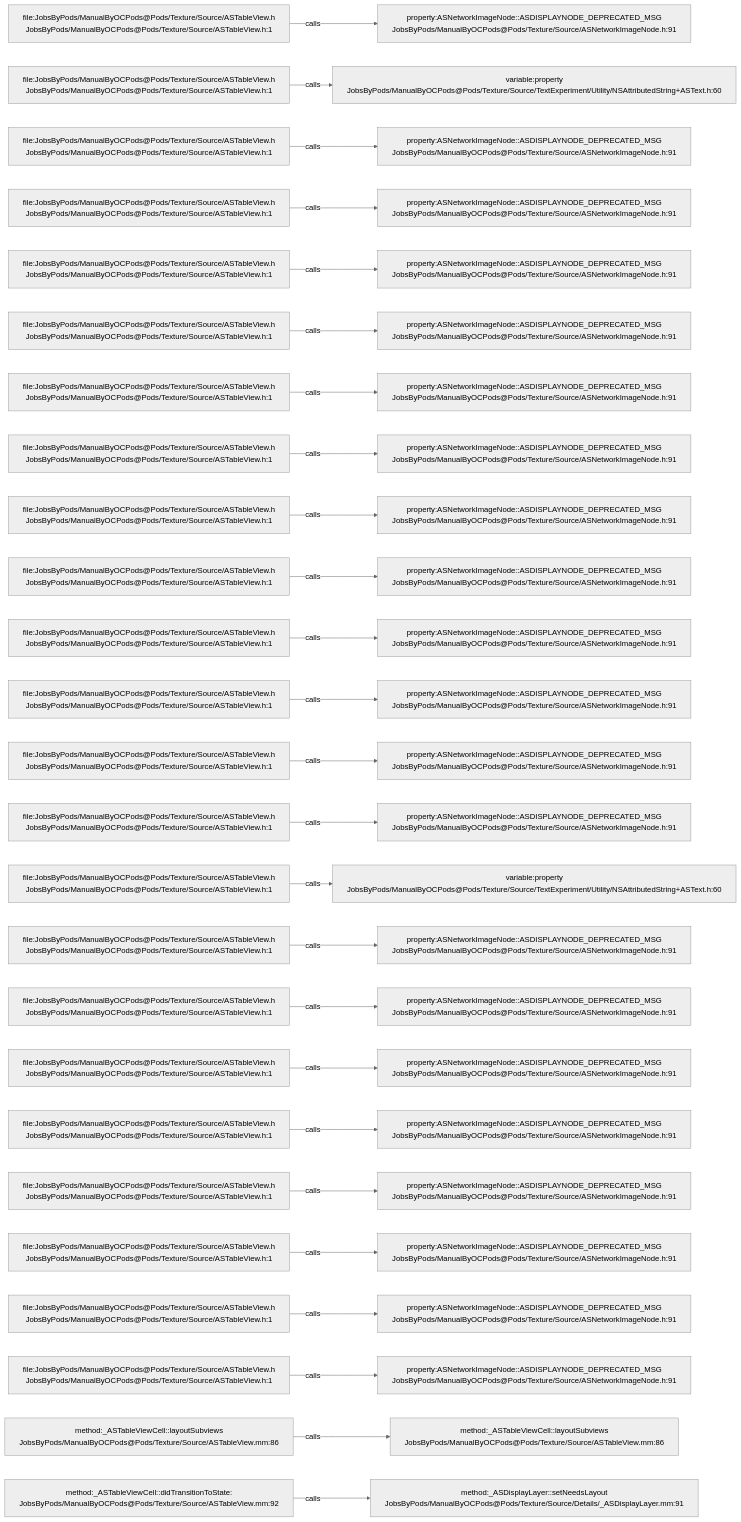
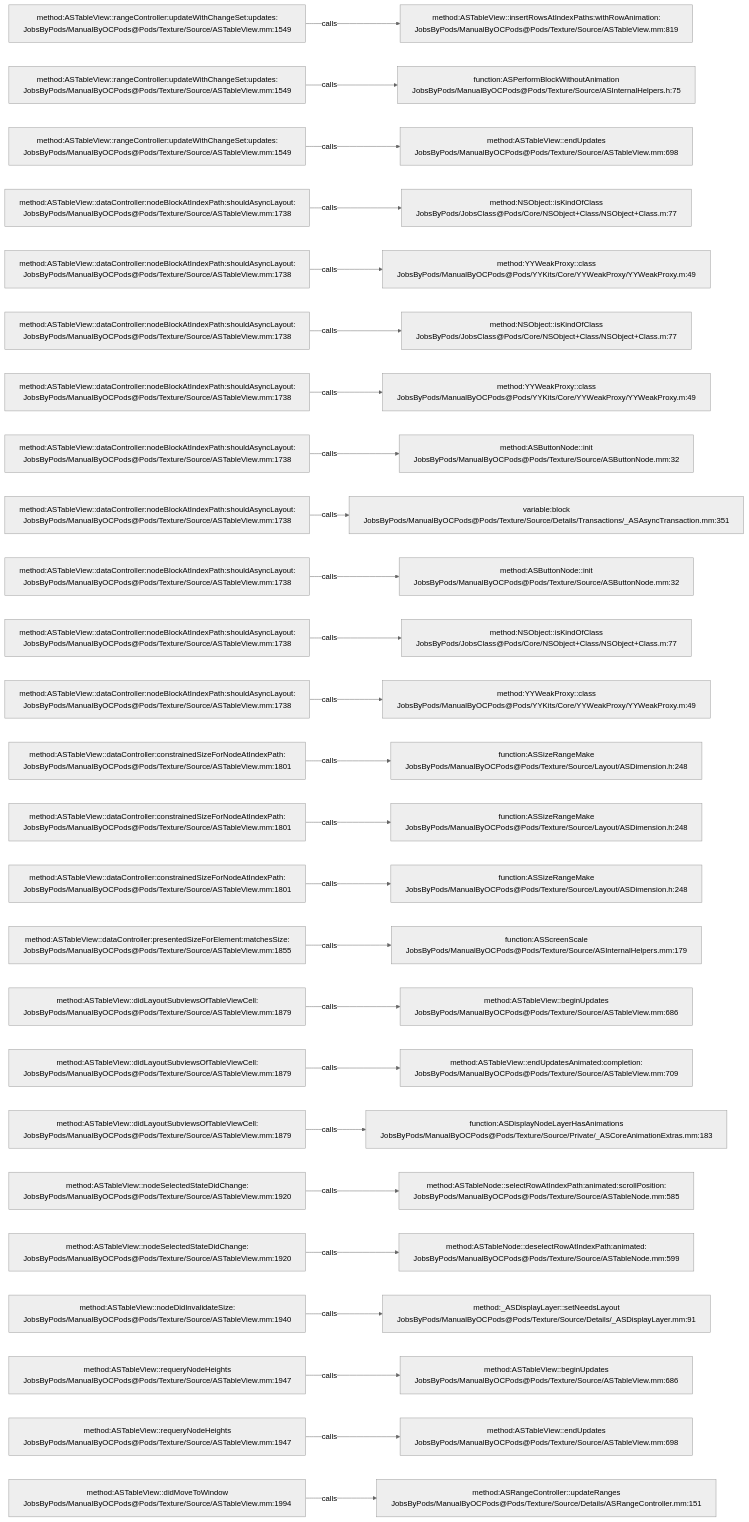
Before and after one commit to JobsKits/JobsOCBaseConfigDemo: the diagram in .codegraph/codegraph.md/graphs/calls-123.md, drawn with Mermaid (neutral theme). The commit also changed 1448 other files, not shown here.

````diff
--- a/.codegraph/codegraph.md/graphs/calls-123.md
+++ b/.codegraph/codegraph.md/graphs/calls-123.md
@@ -13,78 +13,78 @@
 ```mermaid
 flowchart LR
-  S1["file:JobsByPods/ManualByOCPods@Pods/Texture/Source/ASTableView.h<br/>JobsByPods/ManualByOCPods@Pods/Texture/Source/ASTableView.h:1"]
-  T1["property:ASNetworkImageNode::ASDISPLAYNODE_DEPRECATED_MSG<br/>JobsByPods/ManualByOCPods@Pods/Texture/Source/ASNetworkImageNode.h:91"]
+  S1["method:ASTableView::rangeController:updateWithChangeSet:updates:<br/>JobsByPods/ManualByOCPods@Pods/Texture/Source/ASTableView.mm:1549"]
+  T1["method:ASTableView::insertRowsAtIndexPaths:withRowAnimation:<br/>JobsByPods/ManualByOCPods@Pods/Texture/Source/ASTableView.mm:819"]
   S1 -->|calls| T1
-  S2["file:JobsByPods/ManualByOCPods@Pods/Texture/Source/ASTableView.h<br/>JobsByPods/ManualByOCPods@Pods/Texture/Source/ASTableView.h:1"]
-  T2["variable:property<br/>JobsByPods/ManualByOCPods@Pods/Texture/Source/TextExperiment/Utility/NSAttributedString+ASText.h:60"]
+  S2["method:ASTableView::rangeController:updateWithChangeSet:updates:<br/>JobsByPods/ManualByOCPods@Pods/Texture/Source/ASTableView.mm:1549"]
+  T2["function:ASPerformBlockWithoutAnimation<br/>JobsByPods/ManualByOCPods@Pods/Texture/Source/ASInternalHelpers.h:75"]
   S2 -->|calls| T2
-  S3["file:JobsByPods/ManualByOCPods@Pods/Texture/Source/ASTableView.h<br/>JobsByPods/ManualByOCPods@Pods/Texture/Source/ASTableView.h:1"]
-  T3["property:ASNetworkImageNode::ASDISPLAYNODE_DEPRECATED_MSG<br/>JobsByPods/ManualByOCPods@Pods/Texture/Source/ASNetworkImageNode.h:91"]
+  S3["method:ASTableView::rangeController:updateWithChangeSet:updates:<br/>JobsByPods/ManualByOCPods@Pods/Texture/Source/ASTableView.mm:1549"]
+  T3["method:ASTableView::endUpdates<br/>JobsByPods/ManualByOCPods@Pods/Texture/Source/ASTableView.mm:698"]
   S3 -->|calls| T3
-  S4["file:JobsByPods/ManualByOCPods@Pods/Texture/Source/ASTableView.h<br/>JobsByPods/ManualByOCPods@Pods/Texture/Source/ASTableView.h:1"]
-  T4["property:ASNetworkImageNode::ASDISPLAYNODE_DEPRECATED_MSG<br/>JobsByPods/ManualByOCPods@Pods/Texture/Source/ASNetworkImageNode.h:91"]
+  S4["method:ASTableView::dataController:nodeBlockAtIndexPath:shouldAsyncLayout:<br/>JobsByPods/ManualByOCPods@Pods/Texture/Source/ASTableView.mm:1738"]
+  T4["method:NSObject::isKindOfClass<br/>JobsByPods/JobsClass@Pods/Core/NSObject+Class/NSObject+Class.m:77"]
   S4 -->|calls| T4
-  S5["file:JobsByPods/ManualByOCPods@Pods/Texture/Source/ASTableView.h<br/>JobsByPods/ManualByOCPods@Pods/Texture/Source/ASTableView.h:1"]
-  T5["property:ASNetworkImageNode::ASDISPLAYNODE_DEPRECATED_MSG<br/>JobsByPods/ManualByOCPods@Pods/Texture/Source/ASNetworkImageNode.h:91"]
+  S5["method:ASTableView::dataController:nodeBlockAtIndexPath:shouldAsyncLayout:<br/>JobsByPods/ManualByOCPods@Pods/Texture/Source/ASTableView.mm:1738"]
+  T5["method:YYWeakProxy::class<br/>JobsByPods/ManualByOCPods@Pods/YYKits/Core/YYWeakProxy/YYWeakProxy.m:49"]
   S5 -->|calls| T5
-  S6["file:JobsByPods/ManualByOCPods@Pods/Texture/Source/ASTableView.h<br/>JobsByPods/ManualByOCPods@Pods/Texture/Source/ASTableView.h:1"]
-  T6["property:ASNetworkImageNode::ASDISPLAYNODE_DEPRECATED_MSG<br/>JobsByPods/ManualByOCPods@Pods/Texture/Source/ASNetworkImageNode.h:91"]
+  S6["method:ASTableView::dataController:nodeBlockAtIndexPath:shouldAsyncLayout:<br/>JobsByPods/ManualByOCPods@Pods/Texture/Source/ASTableView.mm:1738"]
+  T6["method:NSObject::isKindOfClass<br/>JobsByPods/JobsClass@Pods/Core/NSObject+Class/NSObject+Class.m:77"]
   S6 -->|calls| T6
-  S7["file:JobsByPods/ManualByOCPods@Pods/Texture/Source/ASTableView.h<br/>JobsByPods/ManualByOCPods@Pods/Texture/Source/ASTableView.h:1"]
-  T7["property:ASNetworkImageNode::ASDISPLAYNODE_DEPRECATED_MSG<br/>JobsByPods/ManualByOCPods@Pods/Texture/Source/ASNetworkImageNode.h:91"]
+  S7["method:ASTableView::dataController:nodeBlockAtIndexPath:shouldAsyncLayout:<br/>JobsByPods/ManualByOCPods@Pods/Texture/Source/ASTableView.mm:1738"]
+  T7["method:YYWeakProxy::class<br/>JobsByPods/ManualByOCPods@Pods/YYKits/Core/YYWeakProxy/YYWeakProxy.m:49"]
   S7 -->|calls| T7
-  S8["file:JobsByPods/ManualByOCPods@Pods/Texture/Source/ASTableView.h<br/>JobsByPods/ManualByOCPods@Pods/Texture/Source/ASTableView.h:1"]
-  T8["property:ASNetworkImageNode::ASDISPLAYNODE_DEPRECATED_MSG<br/>JobsByPods/ManualByOCPods@Pods/Texture/Source/ASNetworkImageNode.h:91"]
+  S8["method:ASTableView::dataController:nodeBlockAtIndexPath:shouldAsyncLayout:<br/>JobsByPods/ManualByOCPods@Pods/Texture/Source/ASTableView.mm:1738"]
+  T8["method:ASButtonNode::init<br/>JobsByPods/ManualByOCPods@Pods/Texture/Source/ASButtonNode.mm:32"]
   S8 -->|calls| T8
-  S9["file:JobsByPods/ManualByOCPods@Pods/Texture/Source/ASTableView.h<br/>JobsByPods/ManualByOCPods@Pods/Texture/Source/ASTableView.h:1"]
-  T9["property:ASNetworkImageNode::ASDISPLAYNODE_DEPRECATED_MSG<br/>JobsByPods/ManualByOCPods@Pods/Texture/Source/ASNetworkImageNode.h:91"]
+  S9["method:ASTableView::dataController:nodeBlockAtIndexPath:shouldAsyncLayout:<br/>JobsByPods/ManualByOCPods@Pods/Texture/Source/ASTableView.mm:1738"]
+  T9["variable:block<br/>JobsByPods/ManualByOCPods@Pods/Texture/Source/Details/Transactions/_ASAsyncTransaction.mm:351"]
   S9 -->|calls| T9
-  S10["file:JobsByPods/ManualByOCPods@Pods/Texture/Source/ASTableView.h<br/>JobsByPods/ManualByOCPods@Pods/Texture/Source/ASTableView.h:1"]
-  T10["property:ASNetworkImageNode::ASDISPLAYNODE_DEPRECATED_MSG<br/>JobsByPods/ManualByOCPods@Pods/Texture/Source/ASNetworkImageNode.h:91"]
+  S10["method:ASTableView::dataController:nodeBlockAtIndexPath:shouldAsyncLayout:<br/>JobsByPods/ManualByOCPods@Pods/Texture/Source/ASTableView.mm:1738"]
+  T10["method:ASButtonNode::init<br/>JobsByPods/ManualByOCPods@Pods/Texture/Source/ASButtonNode.mm:32"]
   S10 -->|calls| T10
-  S11["file:JobsByPods/ManualByOCPods@Pods/Texture/Source/ASTableView.h<br/>JobsByPods/ManualByOCPods@Pods/Texture/Source/ASTableView.h:1"]
-  T11["property:ASNetworkImageNode::ASDISPLAYNODE_DEPRECATED_MSG<br/>JobsByPods/ManualByOCPods@Pods/Texture/Source/ASNetworkImageNode.h:91"]
+  S11["method:ASTableView::dataController:nodeBlockAtIndexPath:shouldAsyncLayout:<br/>JobsByPods/ManualByOCPods@Pods/Texture/Source/ASTableView.mm:1738"]
+  T11["method:NSObject::isKindOfClass<br/>JobsByPods/JobsClass@Pods/Core/NSObject+Class/NSObject+Class.m:77"]
   S11 -->|calls| T11
-  S12["file:JobsByPods/ManualByOCPods@Pods/Texture/Source/ASTableView.h<br/>JobsByPods/ManualByOCPods@Pods/Texture/Source/ASTableView.h:1"]
-  T12["property:ASNetworkImageNode::ASDISPLAYNODE_DEPRECATED_MSG<br/>JobsByPods/ManualByOCPods@Pods/Texture/Source/ASNetworkImageNode.h:91"]
+  S12["method:ASTableView::dataController:nodeBlockAtIndexPath:shouldAsyncLayout:<br/>JobsByPods/ManualByOCPods@Pods/Texture/Source/ASTableView.mm:1738"]
+  T12["method:YYWeakProxy::class<br/>JobsByPods/ManualByOCPods@Pods/YYKits/Core/YYWeakProxy/YYWeakProxy.m:49"]
   S12 -->|calls| T12
-  S13["file:JobsByPods/ManualByOCPods@Pods/Texture/Source/ASTableView.h<br/>JobsByPods/ManualByOCPods@Pods/Texture/Source/ASTableView.h:1"]
-  T13["property:ASNetworkImageNode::ASDISPLAYNODE_DEPRECATED_MSG<br/>JobsByPods/ManualByOCPods@Pods/Texture/Source/ASNetworkImageNode.h:91"]
+  S13["method:ASTableView::dataController:constrainedSizeForNodeAtIndexPath:<br/>JobsByPods/ManualByOCPods@Pods/Texture/Source/ASTableView.mm:1801"]
+  T13["function:ASSizeRangeMake<br/>JobsByPods/ManualByOCPods@Pods/Texture/Source/Layout/ASDimension.h:248"]
   S13 -->|calls| T13
-  S14["file:JobsByPods/ManualByOCPods@Pods/Texture/Source/ASTableView.h<br/>JobsByPods/ManualByOCPods@Pods/Texture/Source/ASTableView.h:1"]
-  T14["property:ASNetworkImageNode::ASDISPLAYNODE_DEPRECATED_MSG<br/>JobsByPods/ManualByOCPods@Pods/Texture/Source/ASNetworkImageNode.h:91"]
+  S14["method:ASTableView::dataController:constrainedSizeForNodeAtIndexPath:<br/>JobsByPods/ManualByOCPods@Pods/Texture/Source/ASTableView.mm:1801"]
+  T14["function:ASSizeRangeMake<br/>JobsByPods/ManualByOCPods@Pods/Texture/Source/Layout/ASDimension.h:248"]
   S14 -->|calls| T14
-  S15["file:JobsByPods/ManualByOCPods@Pods/Texture/Source/ASTableView.h<br/>JobsByPods/ManualByOCPods@Pods/Texture/Source/ASTableView.h:1"]
-  T15["variable:property<br/>JobsByPods/ManualByOCPods@Pods/Texture/Source/TextExperiment/Utility/NSAttributedString+ASText.h:60"]
+  S15["method:ASTableView::dataController:constrainedSizeForNodeAtIndexPath:<br/>JobsByPods/ManualByOCPods@Pods/Texture/Source/ASTableView.mm:1801"]
+  T15["function:ASSizeRangeMake<br/>JobsByPods/ManualByOCPods@Pods/Texture/Source/Layout/ASDimension.h:248"]
   S15 -->|calls| T15
-  S16["file:JobsByPods/ManualByOCPods@Pods/Texture/Source/ASTableView.h<br/>JobsByPods/ManualByOCPods@Pods/Texture/Source/ASTableView.h:1"]
-  T16["property:ASNetworkImageNode::ASDISPLAYNODE_DEPRECATED_MSG<br/>JobsByPods/ManualByOCPods@Pods/Texture/Source/ASNetworkImageNode.h:91"]
+  S16["method:ASTableView::dataController:presentedSizeForElement:matchesSize:<br/>JobsByPods/ManualByOCPods@Pods/Texture/Source/ASTableView.mm:1855"]
+  T16["function:ASScreenScale<br/>JobsByPods/ManualByOCPods@Pods/Texture/Source/ASInternalHelpers.mm:179"]
   S16 -->|calls| T16
-  S17["file:JobsByPods/ManualByOCPods@Pods/Texture/Source/ASTableView.h<br/>JobsByPods/ManualByOCPods@Pods/Texture/Source/ASTableView.h:1"]
-  T17["property:ASNetworkImageNode::ASDISPLAYNODE_DEPRECATED_MSG<br/>JobsByPods/ManualByOCPods@Pods/Texture/Source/ASNetworkImageNode.h:91"]
+  S17["method:ASTableView::didLayoutSubviewsOfTableViewCell:<br/>JobsByPods/ManualByOCPods@Pods/Texture/Source/ASTableView.mm:1879"]
+  T17["method:ASTableView::beginUpdates<br/>JobsByPods/ManualByOCPods@Pods/Texture/Source/ASTableView.mm:686"]
   S17 -->|calls| T17
-  S18["file:JobsByPods/ManualByOCPods@Pods/Texture/Source/ASTableView.h<br/>JobsByPods/ManualByOCPods@Pods/Texture/Source/ASTableView.h:1"]
-  T18["property:ASNetworkImageNode::ASDISPLAYNODE_DEPRECATED_MSG<br/>JobsByPods/ManualByOCPods@Pods/Texture/Source/ASNetworkImageNode.h:91"]
+  S18["method:ASTableView::didLayoutSubviewsOfTableViewCell:<br/>JobsByPods/ManualByOCPods@Pods/Texture/Source/ASTableView.mm:1879"]
+  T18["method:ASTableView::endUpdatesAnimated:completion:<br/>JobsByPods/ManualByOCPods@Pods/Texture/Source/ASTableView.mm:709"]
   S18 -->|calls| T18
-  S19["file:JobsByPods/ManualByOCPods@Pods/Texture/Source/ASTableView.h<br/>JobsByPods/ManualByOCPods@Pods/Texture/Source/ASTableView.h:1"]
-  T19["property:ASNetworkImageNode::ASDISPLAYNODE_DEPRECATED_MSG<br/>JobsByPods/ManualByOCPods@Pods/Texture/Source/ASNetworkImageNode.h:91"]
+  S19["method:ASTableView::didLayoutSubviewsOfTableViewCell:<br/>JobsByPods/ManualByOCPods@Pods/Texture/Source/ASTableView.mm:1879"]
+  T19["function:ASDisplayNodeLayerHasAnimations<br/>JobsByPods/ManualByOCPods@Pods/Texture/Source/Private/_ASCoreAnimationExtras.mm:183"]
   S19 -->|calls| T19
-  S20["file:JobsByPods/ManualByOCPods@Pods/Texture/Source/ASTableView.h<br/>JobsByPods/ManualByOCPods@Pods/Texture/Source/ASTableView.h:1"]
-  T20["property:ASNetworkImageNode::ASDISPLAYNODE_DEPRECATED_MSG<br/>JobsByPods/ManualByOCPods@Pods/Texture/Source/ASNetworkImageNode.h:91"]
+  S20["method:ASTableView::nodeSelectedStateDidChange:<br/>JobsByPods/ManualByOCPods@Pods/Texture/Source/ASTableView.mm:1920"]
+  T20["method:ASTableNode::selectRowAtIndexPath:animated:scrollPosition:<br/>JobsByPods/ManualByOCPods@Pods/Texture/Source/ASTableNode.mm:585"]
   S20 -->|calls| T20
-  S21["file:JobsByPods/ManualByOCPods@Pods/Texture/Source/ASTableView.h<br/>JobsByPods/ManualByOCPods@Pods/Texture/Source/ASTableView.h:1"]
-  T21["property:ASNetworkImageNode::ASDISPLAYNODE_DEPRECATED_MSG<br/>JobsByPods/ManualByOCPods@Pods/Texture/Source/ASNetworkImageNode.h:91"]
+  S21["method:ASTableView::nodeSelectedStateDidChange:<br/>JobsByPods/ManualByOCPods@Pods/Texture/Source/ASTableView.mm:1920"]
+  T21["method:ASTableNode::deselectRowAtIndexPath:animated:<br/>JobsByPods/ManualByOCPods@Pods/Texture/Source/ASTableNode.mm:599"]
   S21 -->|calls| T21
-  S22["file:JobsByPods/ManualByOCPods@Pods/Texture/Source/ASTableView.h<br/>JobsByPods/ManualByOCPods@Pods/Texture/Source/ASTableView.h:1"]
-  T22["property:ASNetworkImageNode::ASDISPLAYNODE_DEPRECATED_MSG<br/>JobsByPods/ManualByOCPods@Pods/Texture/Source/ASNetworkImageNode.h:91"]
+  S22["method:ASTableView::nodeDidInvalidateSize:<br/>JobsByPods/ManualByOCPods@Pods/Texture/Source/ASTableView.mm:1940"]
+  T22["method:_ASDisplayLayer::setNeedsLayout<br/>JobsByPods/ManualByOCPods@Pods/Texture/Source/Details/_ASDisplayLayer.mm:91"]
   S22 -->|calls| T22
-  S23["file:JobsByPods/ManualByOCPods@Pods/Texture/Source/ASTableView.h<br/>JobsByPods/ManualByOCPods@Pods/Texture/Source/ASTableView.h:1"]
-  T23["property:ASNetworkImageNode::ASDISPLAYNODE_DEPRECATED_MSG<br/>JobsByPods/ManualByOCPods@Pods/Texture/Source/ASNetworkImageNode.h:91"]
+  S23["method:ASTableView::requeryNodeHeights<br/>JobsByPods/ManualByOCPods@Pods/Texture/Source/ASTableView.mm:1947"]
+  T23["method:ASTableView::beginUpdates<br/>JobsByPods/ManualByOCPods@Pods/Texture/Source/ASTableView.mm:686"]
   S23 -->|calls| T23
-  S24["method:_ASTableViewCell::layoutSubviews<br/>JobsByPods/ManualByOCPods@Pods/Texture/Source/ASTableView.mm:86"]
-  T24["method:_ASTableViewCell::layoutSubviews<br/>JobsByPods/ManualByOCPods@Pods/Texture/Source/ASTableView.mm:86"]
+  S24["method:ASTableView::requeryNodeHeights<br/>JobsByPods/ManualByOCPods@Pods/Texture/Source/ASTableView.mm:1947"]
+  T24["method:ASTableView::endUpdates<br/>JobsByPods/ManualByOCPods@Pods/Texture/Source/ASTableView.mm:698"]
   S24 -->|calls| T24
-  S25["method:_ASTableViewCell::didTransitionToState:<br/>JobsByPods/ManualByOCPods@Pods/Texture/Source/ASTableView.mm:92"]
-  T25["method:_ASDisplayLayer::setNeedsLayout<br/>JobsByPods/ManualByOCPods@Pods/Texture/Source/Details/_ASDisplayLayer.mm:91"]
+  S25["method:ASTableView::didMoveToWindow<br/>JobsByPods/ManualByOCPods@Pods/Texture/Source/ASTableView.mm:1994"]
+  T25["method:ASRangeController::updateRanges<br/>JobsByPods/ManualByOCPods@Pods/Texture/Source/Details/ASRangeController.mm:151"]
   S25 -->|calls| T25
 ```
````
